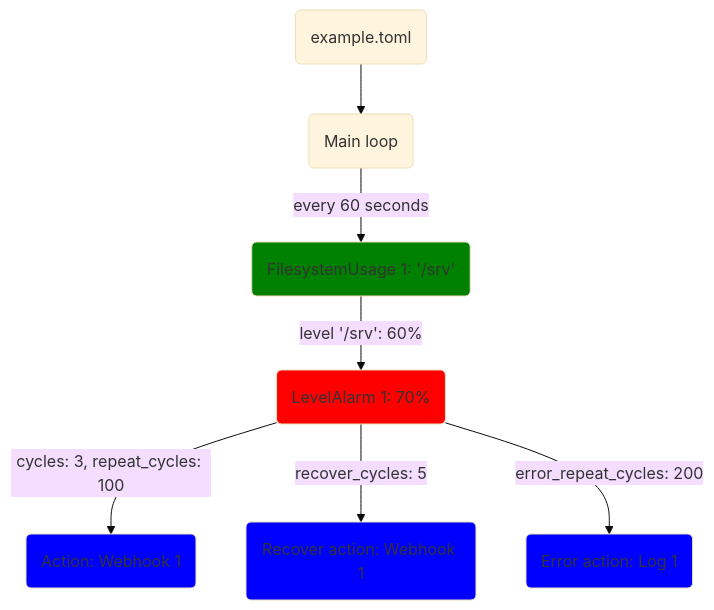
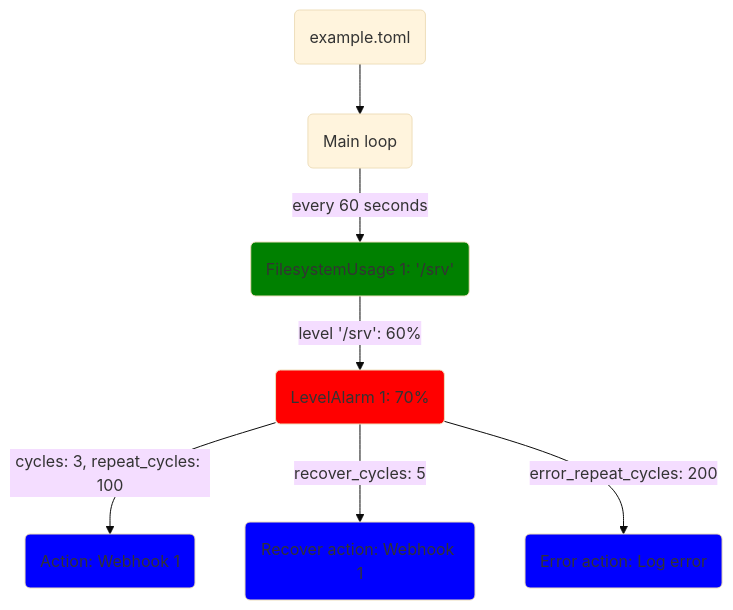
One commit to flo-at/minmon changed the second of 2 diagrams in README.md. Above: the diagram before and after it, drawn with Mermaid (base theme). The commit also changed other lines of this file and 1 other file, not shown here.

````diff
--- a/README.md
+++ b/README.md
@@ -127,15 +123,15 @@
 ```mermaid
 graph TD
     A(example.toml) --> B(Main loop)
     B -->|every 60 seconds| C(FilesystemUsage 1: '/srv')
     C -->|level '/srv': 60%| D(LevelAlarm 1: 70%)
     D -->|cycles: 3, repeat_cycles: 100| E(Action: Webhook 1)
     D -->|recover_cycles: 5| F(Recover action: Webhook 1)
-    D -->|error_repeat_cycles: 200| G(Error action: Log 1)
+    D -->|error_repeat_cycles: 200| G(Error action: Log error)
 
     style C fill:green;
     style D fill:red;
     style E fill:blue;
     style F fill:blue;
     style G fill:blue;
 ```
````
